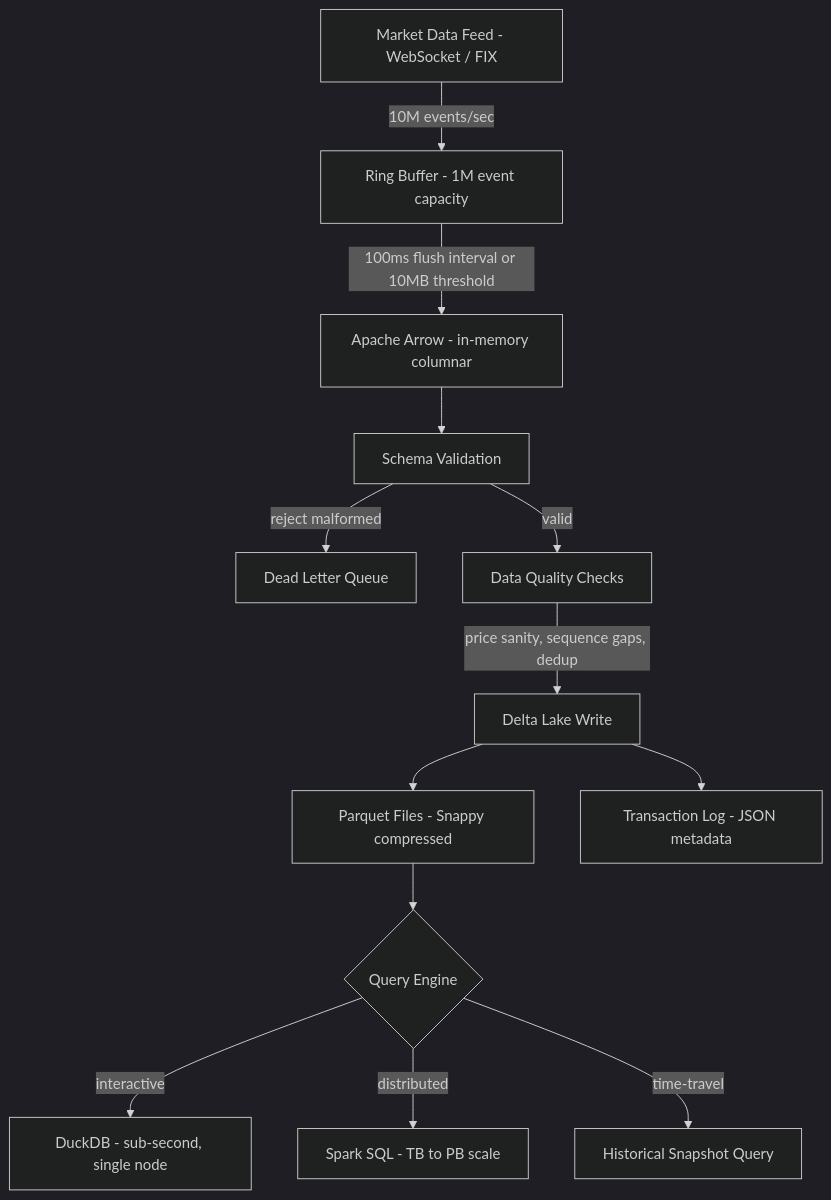
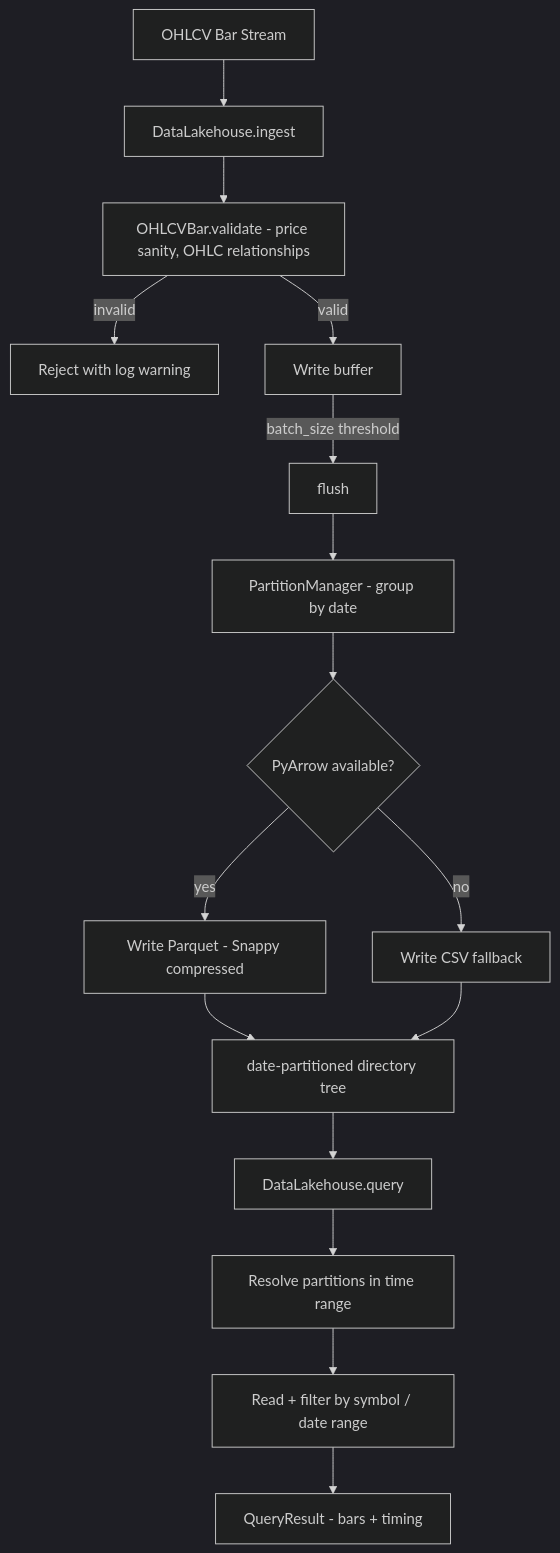
One commit to jrajath94/market-data-lakehouse changed the diagram in README.md. Above: the diagram before and after it, drawn with Mermaid (dark theme). The commit also changed other lines of this file and 2 other files, not shown here.

````diff
--- a/README.md
+++ b/README.md
@@ -34,15 +16,18 @@
 ```mermaid
 graph TD
-    A[Market Data Feed - WebSocket / FIX] -->|10M events/sec| B[Ring Buffer - 1M event capacity]
-    B -->|100ms flush interval or 10MB threshold| C[Apache Arrow - in-memory columnar]
-    C --> D[Schema Validation]
-    D -->|reject malformed| E[Dead Letter Queue]
-    D -->|valid| F[Data Quality Checks]
-    F -->|price sanity, sequence gaps, dedup| G[Delta Lake Write]
-    G --> H[Parquet Files - Snappy compressed]
-    G --> I[Transaction Log - JSON metadata]
-    H --> J{Query Engine}
-    J -->|interactive| K[DuckDB - sub-second, single node]
-    J -->|distributed| L[Spark SQL - TB to PB scale]
-    J -->|time-travel| M[Historical Snapshot Query]
+    A[OHLCV Bar Stream] --> B[DataLakehouse.ingest]
+    B --> C[OHLCVBar.validate - price sanity, OHLC relationships]
+    C -->|invalid| D[Reject with log warning]
+    C -->|valid| E[Write buffer]
+    E -->|batch_size threshold| F[flush]
+    F --> G[PartitionManager - group by date]
+    G --> H{PyArrow available?}
+    H -->|yes| I[Write Parquet - Snappy compressed]
+    H -->|no| J[Write CSV fallback]
+    I --> K[date-partitioned directory tree]
+    J --> K
+    K --> L[DataLakehouse.query]
+    L --> M[Resolve partitions in time range]
+    M --> N[Read + filter by symbol / date range]
+    N --> O[QueryResult - bars + timing]
 ```
````
